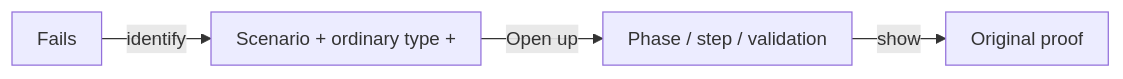
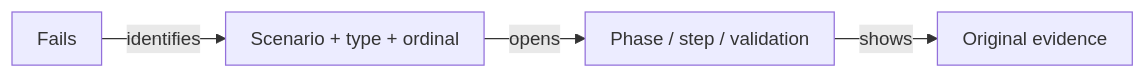
One commit to crististefanita/atf_j0 changed the tenth of 18 diagrams in atf-reporting/README.md. Above: the diagram before and after it, drawn with Mermaid. The commit also changed other lines of this file and 13 other files, not shown here.

````diff
--- a/atf-reporting/README.md
+++ b/atf-reporting/README.md
@@ -1238,7 +1145,7 @@
 ```mermaid
 %%{init: {"themeVariables":{"fontSize":"15px"},"themeCSS":".nodeLabel, .nodeLabel p { font-size: 15px !important; line-height: 1.35 !important; } .edgeLabel, .edgeLabel p { font-size: 12px !important; font-weight: 400 !important; line-height: 1.2 !important; } .edgeLabel .labelBkg, .edgeLabel p { background: transparent !important; } .edgeLabel foreignObject { transform: translateY(-18px); overflow: visible; } .node rect { rx: 6px; ry: 6px; }","flowchart":{"curve":"linear","nodeSpacing":24,"rankSpacing":40,"padding":10,"diagramPadding":16}}}%%
 flowchart LR
-    Index["Fails"] -->|identify| Scenario["Scenario + ordinary type +"]
-    Scenario -->|Open up| Path["Phase / step / validation"]
-    Path -->|show| Row["Original proof"]
+    Index["Fails"] -->|identifies| Scenario["Scenario + type + ordinal"]
+    Scenario -->|opens| Path["Phase / step / validation"]
+    Path -->|shows| Row["Original evidence"]
 ```
````
